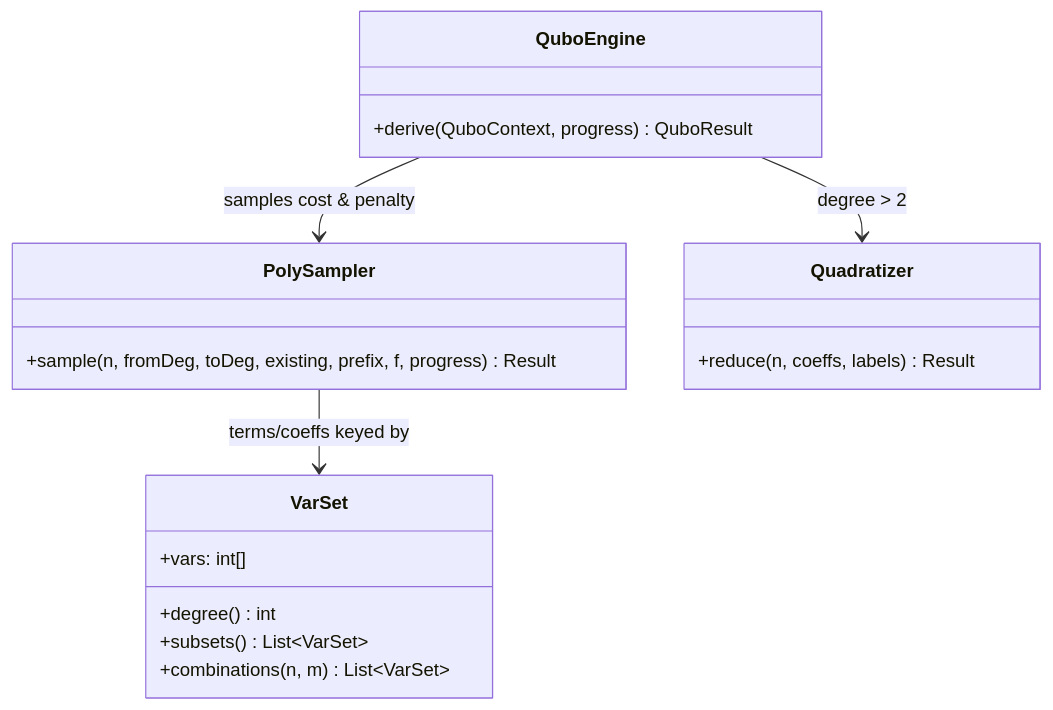
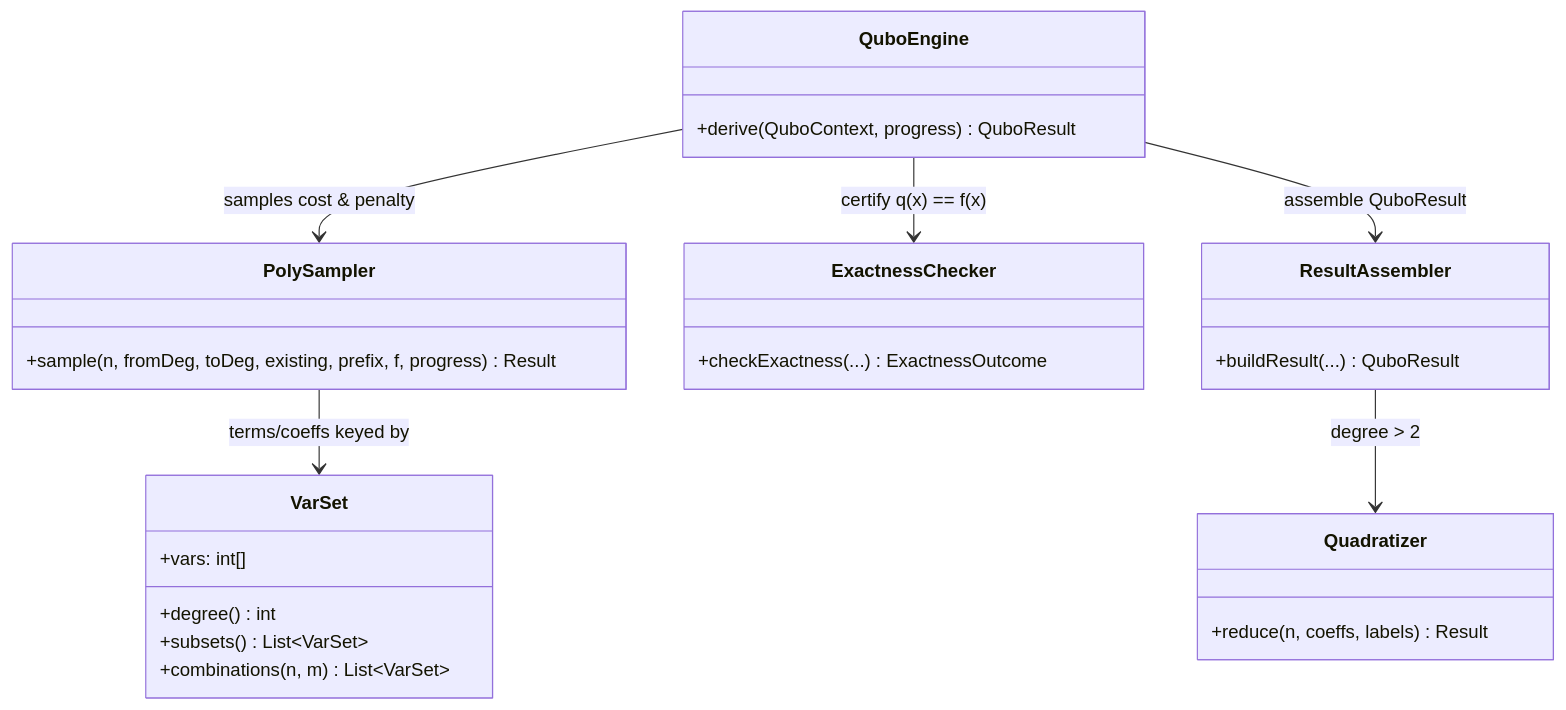
Before and after one commit to JoaoAlmeida-dev/Use2Qubo: the diagram in src/main/java/org/tzi/use/plugin/use2qubo/qubo/engine/README.md, drawn with Mermaid. The commit also changed other lines of this file and 19 other files, not shown here.

Commit message:
refactor(quboEngine): split qubo engine into multiple smaller packages, while keeping the quboengine class as the netrypoint and orchestrator

````diff
--- a/src/main/java/org/tzi/use/plugin/use2qubo/qubo/engine/README.md
+++ b/src/main/java/org/tzi/use/plugin/use2qubo/qubo/engine/README.md
@@ -14,21 +21,29 @@
 ```mermaid
 classDiagram
     class VarSet {
         +vars: int[]
         +degree() int
         +subsets() List~VarSet~
         +combinations(n, m) List~VarSet~
     }
     class PolySampler {
         +sample(n, fromDeg, toDeg, existing, prefix, f, progress) Result
     }
     class Quadratizer {
         +reduce(n, coeffs, labels) Result
     }
     class QuboEngine {
         +derive(QuboContext, progress) QuboResult
     }
+    class ExactnessChecker {
+        +checkExactness(...) ExactnessOutcome
+    }
+    class ResultAssembler {
+        +buildResult(...) QuboResult
+    }
     QuboEngine --> PolySampler : samples cost & penalty
     PolySampler --> VarSet : terms/coeffs keyed by
-    QuboEngine --> Quadratizer : degree > 2
+    QuboEngine --> ExactnessChecker : certify q(x) == f(x)
+    QuboEngine --> ResultAssembler : assemble QuboResult
+    ResultAssembler --> Quadratizer : degree > 2
 ```
````
